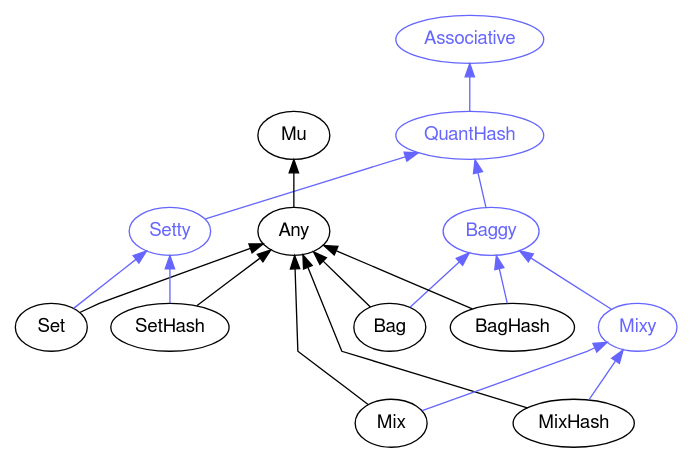
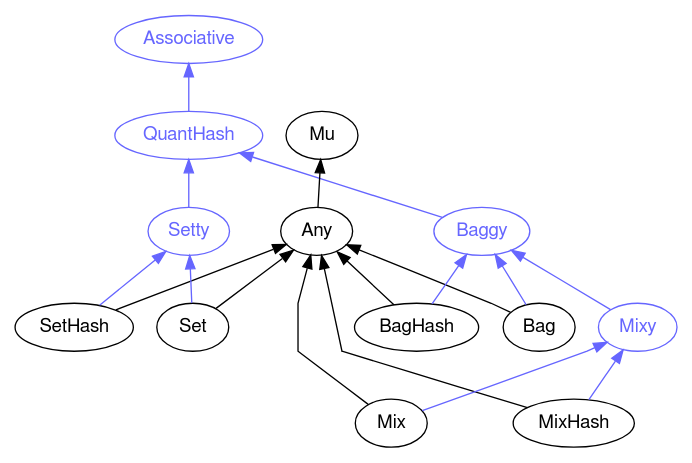
One commit to perl6docs/perl6docs.github.io changed the diagram in images/type-graph-QuantHash.svg.dot. Above: the diagram before and after it, drawn with Graphviz. The commit also changed other lines of this file and 4420 other files, not shown here.

```diff
--- a/images/type-graph-QuantHash.svg.dot
+++ b/images/type-graph-QuantHash.svg.dot
@@ -1,40 +1,40 @@
 digraph "perl6-type-graph" {
     rankdir=BT;
     splines=polyline;
     overlap=false; 
     // Types
     "QuantHash" [color="#6666FF", fontcolor="#6666FF", href="/type/QuantHash", fontname="FreeSans"];
     "Associative" [color="#6666FF", fontcolor="#6666FF", href="/type/Associative", fontname="FreeSans"];
+    "Setty" [color="#6666FF", fontcolor="#6666FF", href="/type/Setty", fontname="FreeSans"];
     "Baggy" [color="#6666FF", fontcolor="#6666FF", href="/type/Baggy", fontname="FreeSans"];
-    "Setty" [color="#6666FF", fontcolor="#6666FF", href="/type/Setty", fontname="FreeSans"];
     "Mu" [color="#000000", fontcolor="#000000", href="/type/Mu", fontname="FreeSans"];
     "Any" [color="#000000", fontcolor="#000000", href="/type/Any", fontname="FreeSans"];
+    "SetHash" [color="#000000", fontcolor="#000000", href="/type/SetHash", fontname="FreeSans"];
+    "Set" [color="#000000", fontcolor="#000000", href="/type/Set", fontname="FreeSans"];
     "Bag" [color="#000000", fontcolor="#000000", href="/type/Bag", fontname="FreeSans"];
     "BagHash" [color="#000000", fontcolor="#000000", href="/type/BagHash", fontname="FreeSans"];
     "Mixy" [color="#6666FF", fontcolor="#6666FF", href="/type/Mixy", fontname="FreeSans"];
-    "Set" [color="#000000", fontcolor="#000000", href="/type/Set", fontname="FreeSans"];
-    "SetHash" [color="#000000", fontcolor="#000000", href="/type/SetHash", fontname="FreeSans"];
     "MixHash" [color="#000000", fontcolor="#000000", href="/type/MixHash", fontname="FreeSans"];
     "Mix" [color="#000000", fontcolor="#000000", href="/type/Mix", fontname="FreeSans"];
 
     // Superclasses
     "Any" -> "Mu" [color="#000000"];
+    "SetHash" -> "Any" [color="#000000"];
+    "Set" -> "Any" [color="#000000"];
     "Bag" -> "Any" [color="#000000"];
     "BagHash" -> "Any" [color="#000000"];
-    "Set" -> "Any" [color="#000000"];
-    "SetHash" -> "Any" [color="#000000"];
     "MixHash" -> "Any" [color="#000000"];
     "Mix" -> "Any" [color="#000000"];
 
     // Roles
     "QuantHash" -> "Associative" [color="#6666FF"];
+    "Setty" -> "QuantHash" [color="#6666FF"];
     "Baggy" -> "QuantHash" [color="#6666FF"];
-    "Setty" -> "QuantHash" [color="#6666FF"];
+    "SetHash" -> "Setty" [color="#6666FF"];
+    "Set" -> "Setty" [color="#6666FF"];
     "Bag" -> "Baggy" [color="#6666FF"];
     "BagHash" -> "Baggy" [color="#6666FF"];
     "Mixy" -> "Baggy" [color="#6666FF"];
-    "Set" -> "Setty" [color="#6666FF"];
-    "SetHash" -> "Setty" [color="#6666FF"];
     "MixHash" -> "Mixy" [color="#6666FF"];
     "Mix" -> "Mixy" [color="#6666FF"];
 }
```
